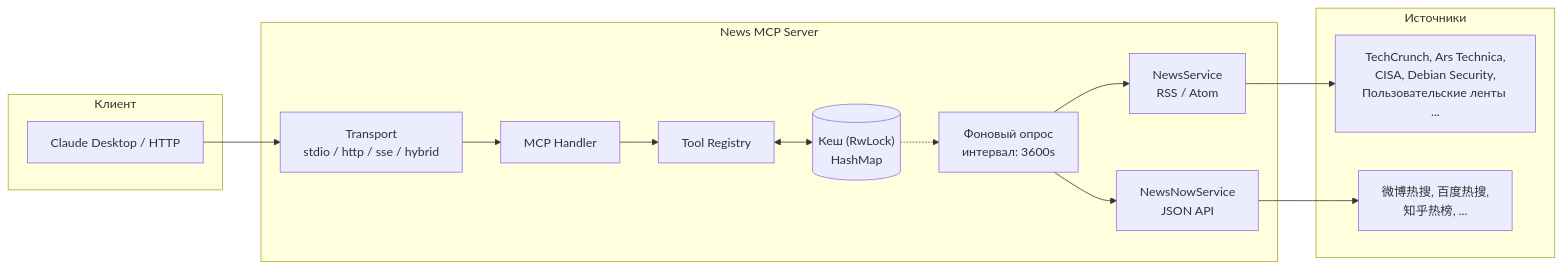
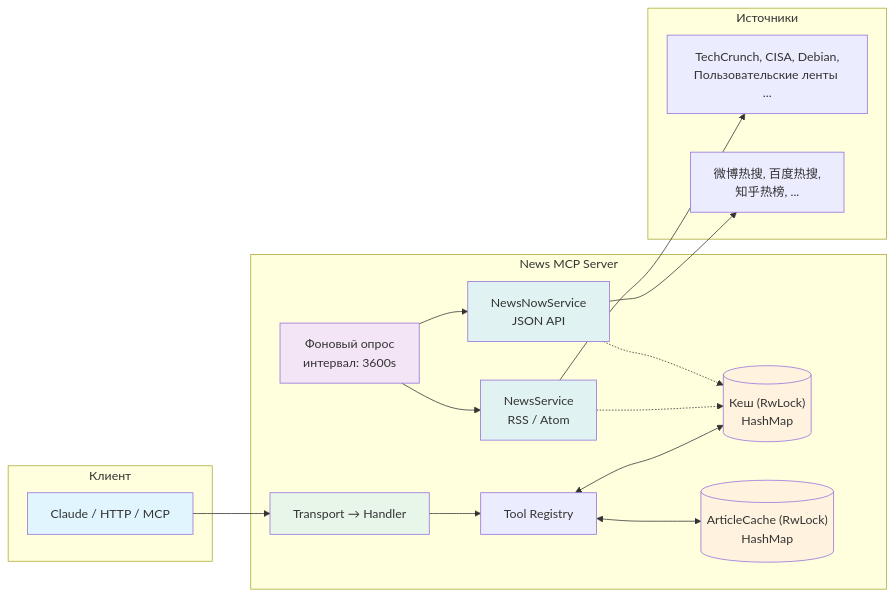
The diagram in README_RU.md (akrhin/news-mcp), drawn with Mermaid before and after one commit. The commit also changed other lines of this file and 3 other files, not shown here.

First line of the commit message:
docs: document in-memory cache architecture, persistence design, and two-cache layout

````diff
--- a/README_RU.md
+++ b/README_RU.md
@@ -95,29 +95,38 @@
 ```mermaid
 flowchart LR
     subgraph Client["Клиент"]
-        C[Claude Desktop / HTTP]
+        C[Claude / HTTP / MCP]
     end
     subgraph Server["News MCP Server"]
-        T[Transport<br/>stdio / http / sse / hybrid]
-        H[MCP Handler]
+        T[Transport → Handler]
         TR[Tool Registry]
         Cache[("Кеш (RwLock)<br/>HashMap<Category, Articles>")]
         Poller[Фоновый опрос<br/>интервал: 3600s]
         NS[NewsService<br/>RSS / Atom]
         NNS[NewsNowService<br/>JSON API]
+        AC[("ArticleCache (RwLock)<br/>HashMap<URL, Content>")]
     end
     subgraph Sources["Источники"]
-        RSS[TechCrunch, Ars Technica,<br/>CISA, Debian Security,<br/>Пользовательские ленты ...]
+        RSS[TechCrunch, CISA, Debian,<br/>Пользовательские ленты ...]
         NewsNow[微博热搜, 百度热搜,<br/>知乎热榜, ...]
     end
 
     C --> T
-    T --> H
-    H --> TR
+    T --> TR
     TR <--> Cache
-    Cache -.-> Poller
+    TR <--> AC
     Poller --> NS
     Poller --> NNS
     NS --> RSS
     NNS --> NewsNow
+    NS -.-> Cache
+    NNS -.-> Cache
+
+    style C fill:#e1f5fe
+    style T fill:#e8f5e9
+    style Cache fill:#fff3e0
+    style AC fill:#fff3e0
+    style Poller fill:#f3e5f5
+    style NS fill:#e0f2f1
+    style NNS fill:#e0f2f1
 ```
````
